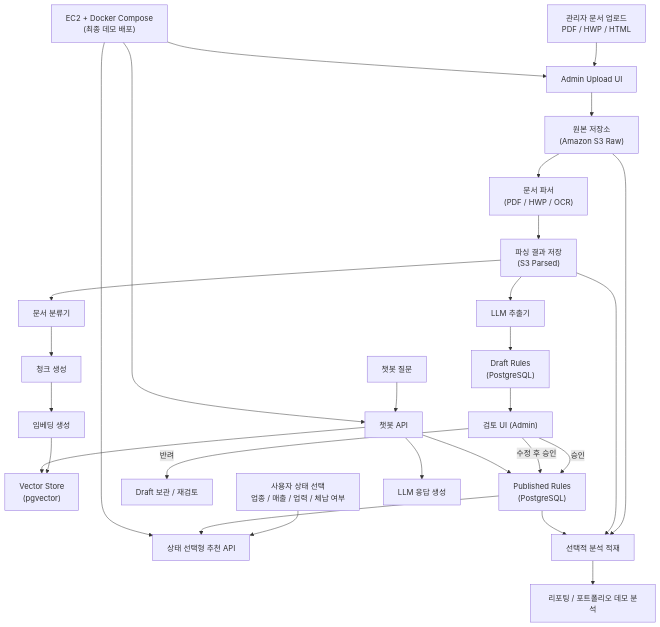
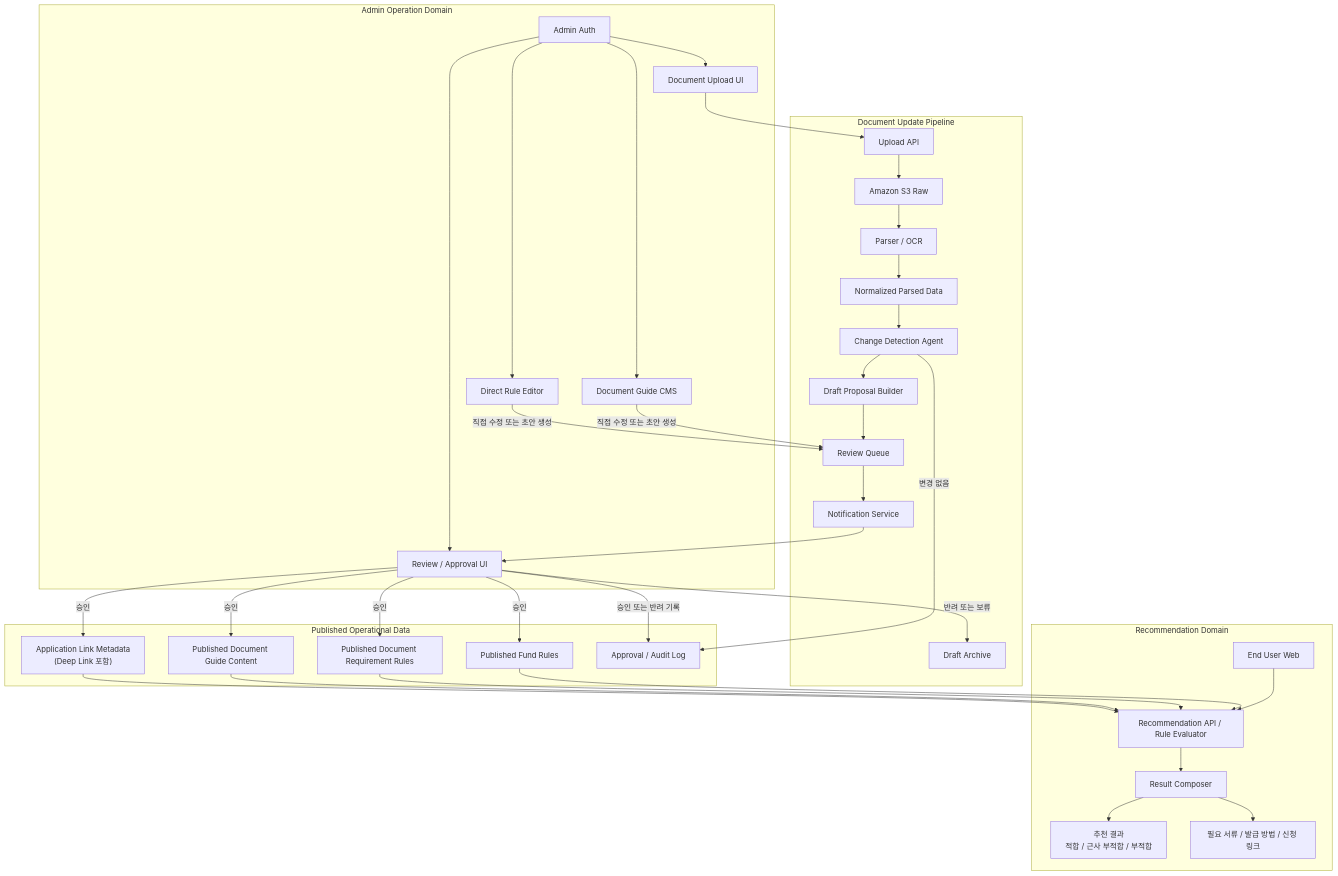
The diagram in docs/system-architecture.md (meanresult/Government-backed-funding), drawn with Mermaid before and after one commit. The commit also changed other lines of this file and 3 other files, not shown here.

````diff
--- a/docs/system-architecture.md
+++ b/docs/system-architecture.md
@@ -3,38 +5,70 @@
 ```mermaid
 flowchart TD
-    A["관리자 문서 업로드<br/>PDF / HWP / HTML"] --> B["Admin Upload UI"]
-    B --> C["원본 저장소<br/>(Amazon S3 Raw)"]
+    subgraph Admin["Admin Operation Domain"]
+        A["Admin Auth"]
+        B["Document Upload UI"]
+        C["Review / Approval UI"]
+        D["Document Guide CMS"]
+        E["Direct Rule Editor"]
+        A --> B
+        A --> C
+        A --> D
+        A --> E
+    end
 
-    C --> D["문서 파서<br/>(PDF / HWP / OCR)"]
-    D --> E["파싱 결과 저장<br/>(S3 Parsed)"]
+    subgraph Ingestion["Document Update Pipeline"]
+        F["Upload API"]
+        G["Amazon S3 Raw"]
+        H["Parser / OCR"]
+        I["Normalized Parsed Data"]
+        J["Change Detection Agent"]
+        K["Draft Proposal Builder"]
+        L["Review Queue"]
+        M["Notification Service"]
+        N["Draft Archive"]
+    end
 
-    E --> F["문서 분류기"]
-    F --> G["청크 생성"]
-    G --> H["임베딩 생성"]
-    H --> I["Vector Store<br/>(pgvector)"]
+    subgraph Published["Published Operational Data"]
+        O["Published Fund Rules"]
+        P["Published Document Requirement Rules"]
+        Q["Published Document Guide Content"]
+        R["Application Link Metadata<br/>(Deep Link 포함)"]
+        S["Approval / Audit Log"]
+    end
 
-    E --> J["LLM 추출기"]
-    J --> K["Draft Rules<br/>(PostgreSQL)"]
+    subgraph Recommend["Recommendation Domain"]
+        T["End User Web"]
+        U["Recommendation API / Rule Evaluator"]
+        V["Result Composer"]
+        W["추천 결과<br/>적합 / 근사 부적합 / 부적합"]
+        X["필요 서류 / 발급 방법 / 신청 링크"]
+    end
 
-    K --> L["검토 UI (Admin)"]
-    L -->|승인| M["Published Rules<br/>(PostgreSQL)"]
-    L -->|수정 후 승인| M
-    L -->|반려| N["Draft 보관 / 재검토"]
+    B --> F
+    F --> G
+    G --> H
+    H --> I
+    I --> J
+    J --> K
+    K --> L
+    J -->|변경 없음| S
+    L --> M
+    M --> C
+    C -->|승인| O
+    C -->|승인| P
+    C -->|승인| Q
+    C -->|승인| R
+    C -->|승인 또는 반려 기록| S
+    C -->|반려 또는 보류| N
+    D -->|직접 수정 또는 초안 생성| L
+    E -->|직접 수정 또는 초안 생성| L
 
-    U["사용자 상태 선택<br/>업종 / 매출 / 업력 / 체납 여부"] --> O["상태 선택형 추천 API"]
-    M --> O
-
-    V["챗봇 질문"] --> P["챗봇 API"]
-    P --> I
-    P --> M
-    P --> W["LLM 응답 생성"]
-
-    C --> Q["선택적 분석 적재"]
-    E --> Q
-    M --> Q
-    Q --> R["리포팅 / 포트폴리오 데모 분석"]
-
-    S["EC2 + Docker Compose<br/>(최종 데모 배포)"] --> B
-    S --> O
-    S --> P
+    T --> U
+    O --> U
+    P --> U
+    Q --> U
+    R --> U
+    U --> V
+    V --> W
+    V --> X
 ```
````
